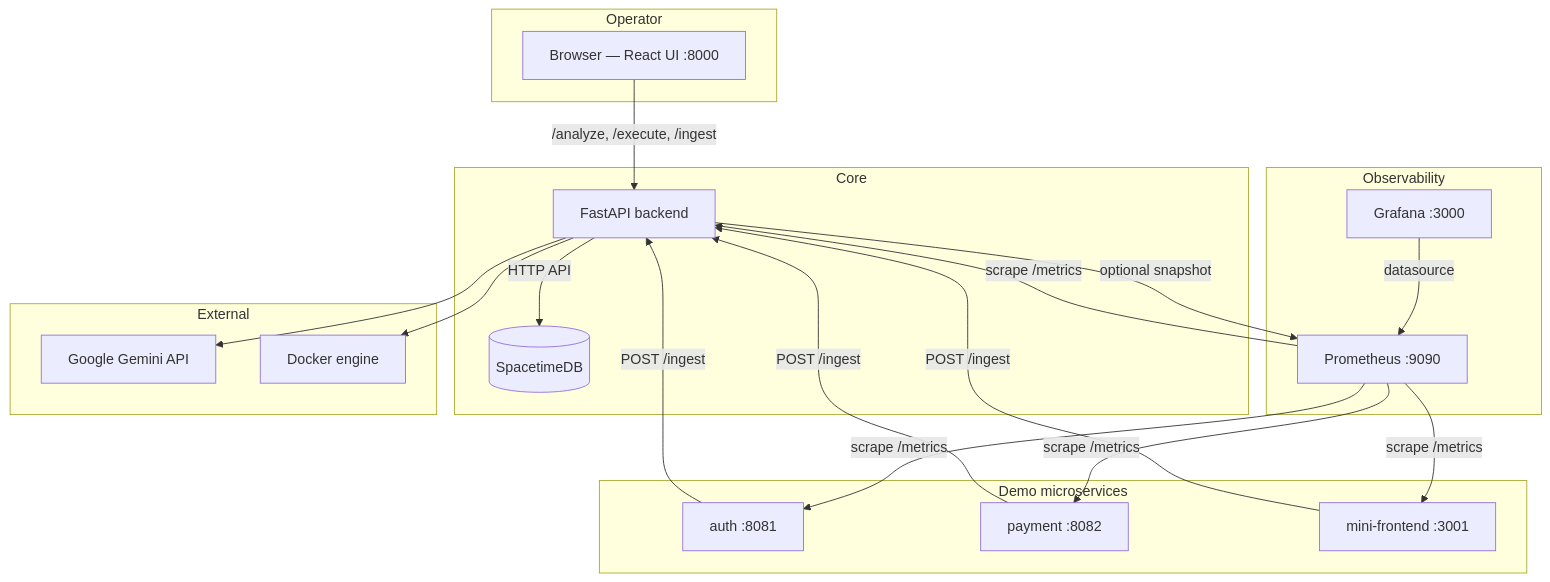
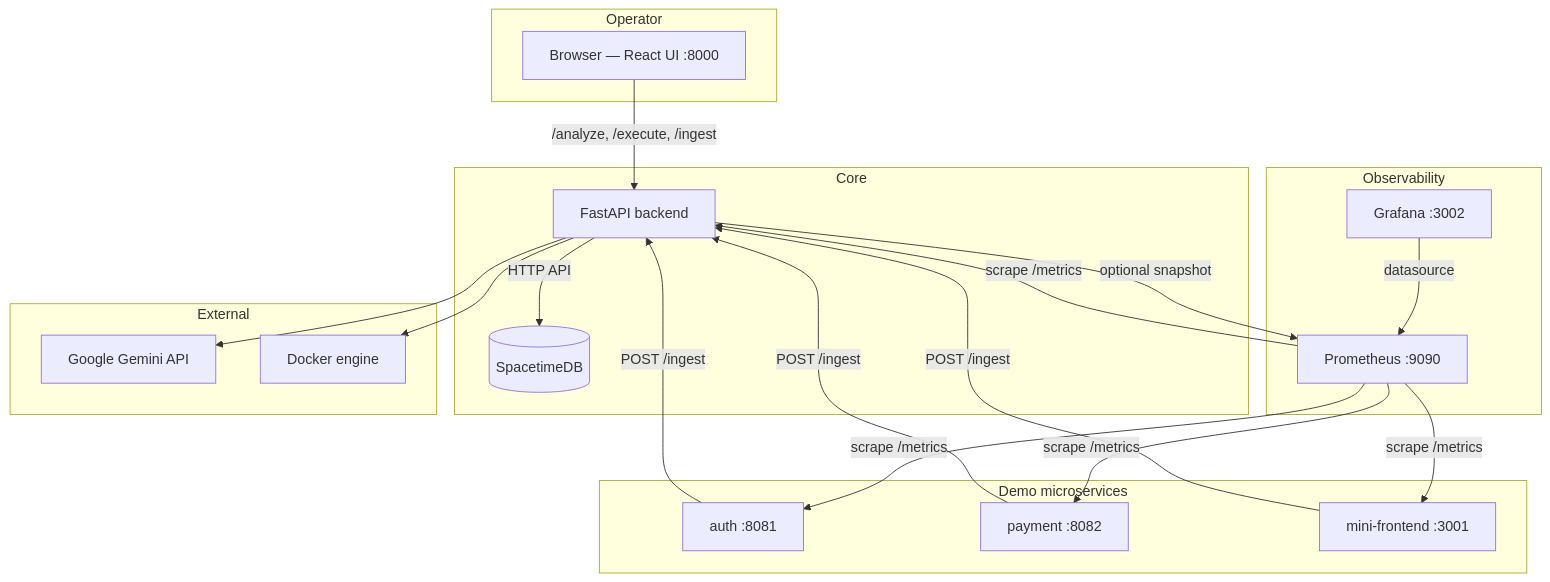
The diagram in README.md (aakarsh-v/hackbyte-sp), drawn with Mermaid before and after one commit. The commit also changed other lines of this file, not shown here.

````diff
--- a/README.md
+++ b/README.md
@@ -13,36 +13,36 @@
 ```mermaid
 flowchart TB
   subgraph operator["Operator"]
     B["Browser — React UI :8000"]
   end
   subgraph core["Core"]
     BE["FastAPI backend"]
     ST[("SpacetimeDB")]
   end
   subgraph obs["Observability"]
     PR["Prometheus :9090"]
-    GF["Grafana :3000"]
+    GF["Grafana :3002"]
   end
   subgraph demo["Demo microservices"]
     A["auth :8081"]
     P["payment :8082"]
     F["mini-frontend :3001"]
   end
   subgraph external["External"]
     GM["Google Gemini API"]
     DK["Docker engine"]
   end
   B -->|"/analyze, /execute, /ingest"| BE
   BE -->|HTTP API| ST
   BE -->|optional snapshot| PR
   BE --> GM
   BE --> DK
   GF -->|datasource| PR
   PR -->|scrape /metrics| BE
   PR -->|scrape /metrics| A
   PR -->|scrape /metrics| P
   PR -->|scrape /metrics| F
   A -->|POST /ingest| BE
   P -->|POST /ingest| BE
   F -->|POST /ingest| BE
 ```
````
